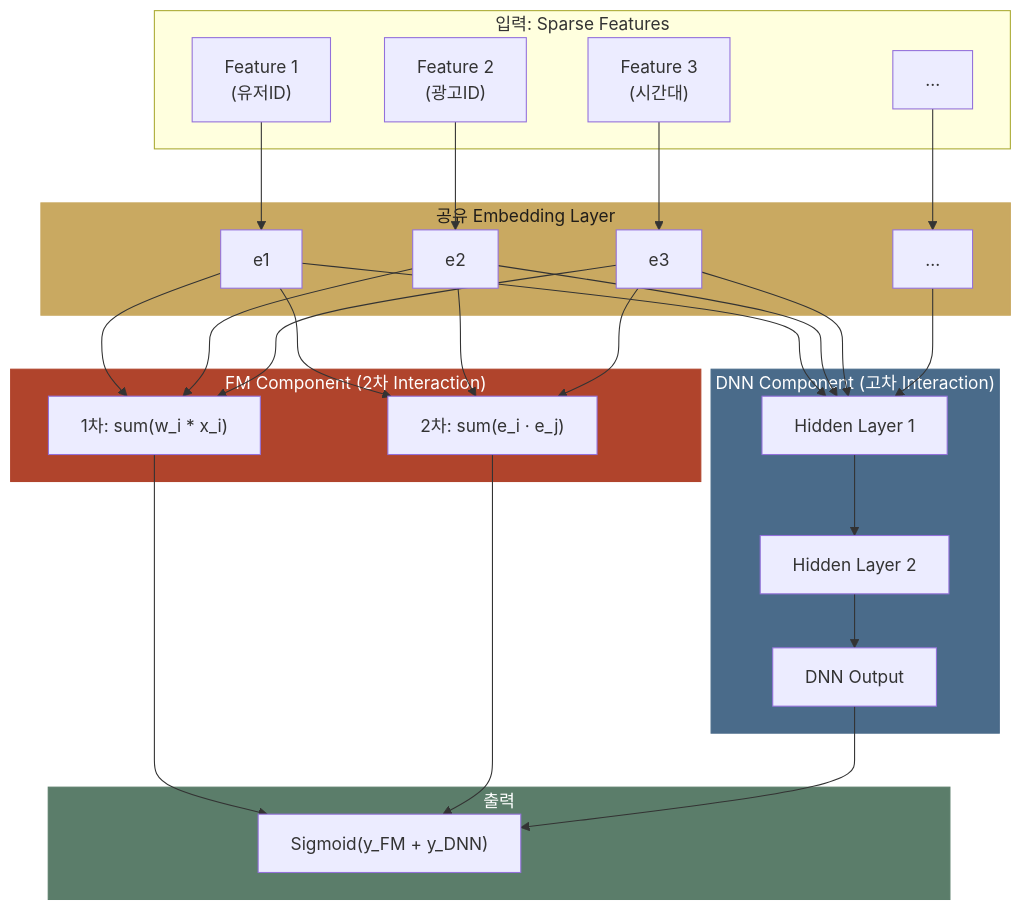
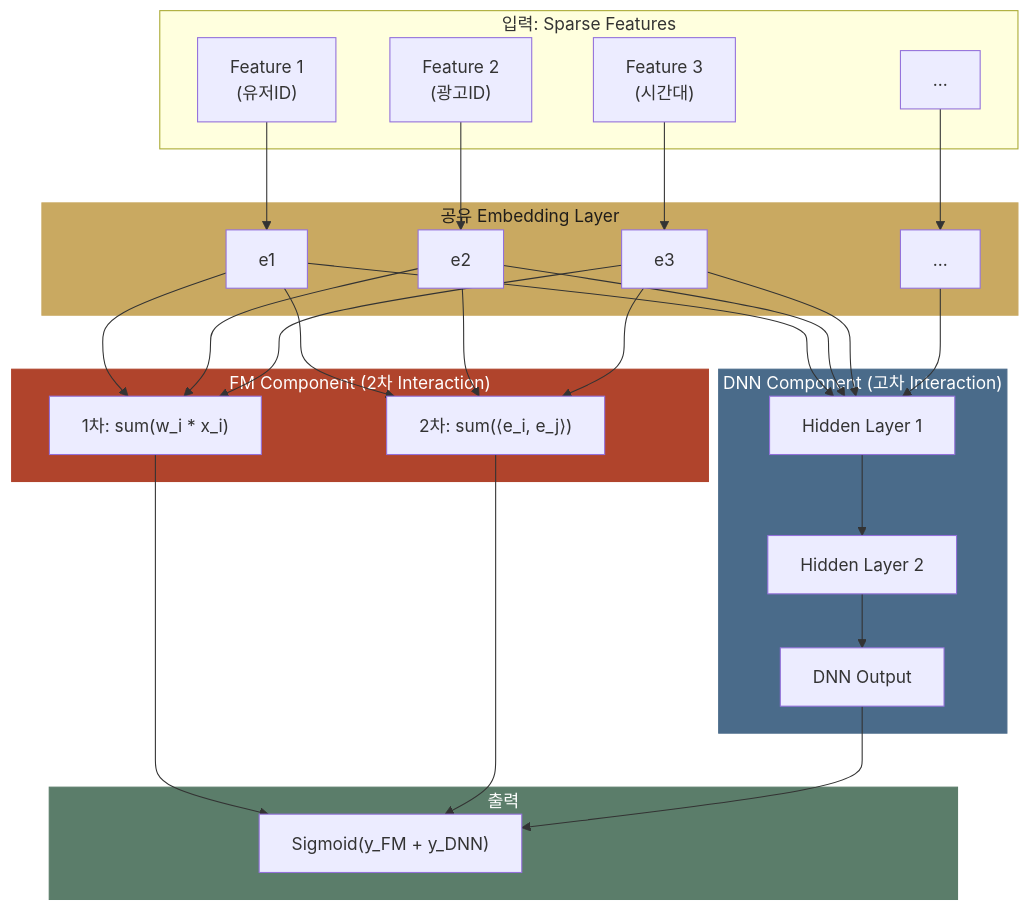
One commit to chkimsu/adtech-blog changed the second of 5 diagrams in posts/deep-ctr-models.md. Above: the diagram before and after it, drawn with Mermaid. The commit also changed other lines of this file and 26 other files, not shown here.

````diff
--- a/posts/deep-ctr-models.md
+++ b/posts/deep-ctr-models.md
@@ -435,59 +435,59 @@
 ```mermaid
 graph TD
     subgraph Input["입력: Sparse Features"]
         F1["Feature 1<br/>(유저ID)"]
         F2["Feature 2<br/>(광고ID)"]
         F3["Feature 3<br/>(시간대)"]
         FN["..."]
     end
 
     subgraph EmbeddingLayer["공유 Embedding Layer"]
         E1["e1"]
         E2["e2"]
         E3["e3"]
         EN["..."]
     end
 
     subgraph FM_Component["FM Component (2차 Interaction)"]
         FM_ADD["1차: sum(w_i * x_i)"]
-        FM_INNER["2차: sum(e_i · e_j)"]
+        FM_INNER["2차: sum(⟨e_i, e_j⟩)"]
     end
 
     subgraph DNN_Component["DNN Component (고차 Interaction)"]
         DNN_H1["Hidden Layer 1"]
         DNN_H2["Hidden Layer 2"]
         DNN_OUT["DNN Output"]
     end
 
     F1 --> E1
     F2 --> E2
     F3 --> E3
     FN --> EN
 
     E1 --> FM_ADD
     E2 --> FM_ADD
     E3 --> FM_ADD
     E1 --> FM_INNER
     E2 --> FM_INNER
     E3 --> FM_INNER
 
     E1 --> DNN_H1
     E2 --> DNN_H1
     E3 --> DNN_H1
     EN --> DNN_H1
     DNN_H1 --> DNN_H2
     DNN_H2 --> DNN_OUT
 
     subgraph Output["출력"]
         SIG["Sigmoid(y_FM + y_DNN)"]
     end
 
     FM_ADD --> SIG
     FM_INNER --> SIG
     DNN_OUT --> SIG
 
     style FM_Component fill:#b0442c,stroke:#b0442c,color:#fff
     style DNN_Component fill:#4a6b8a,stroke:#4a6b8a,color:#fff
     style EmbeddingLayer fill:#c9a961,stroke:#c9a961,color:#201d1a
     style Output fill:#5b7d6a,stroke:#5b7d6a,color:#fff
 ```
````
